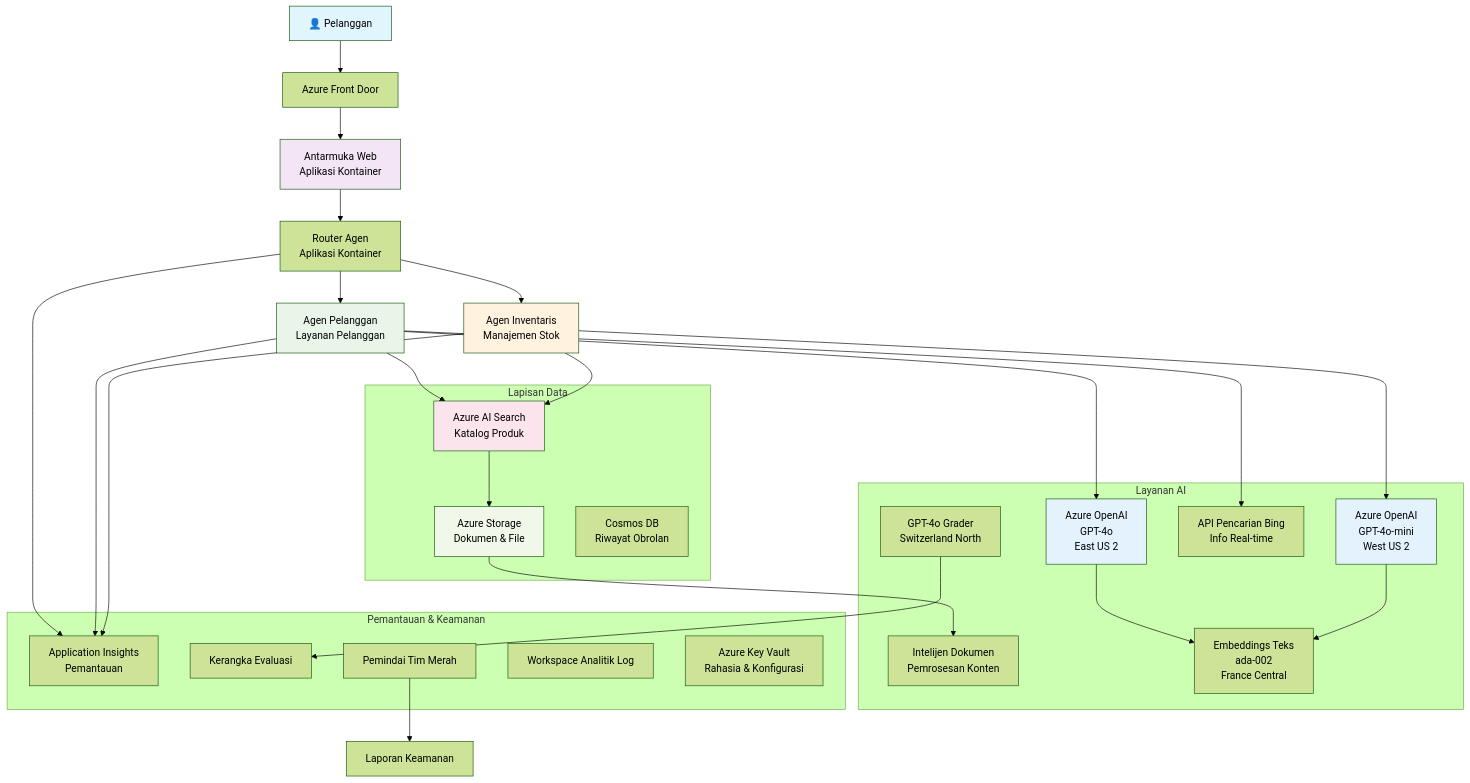
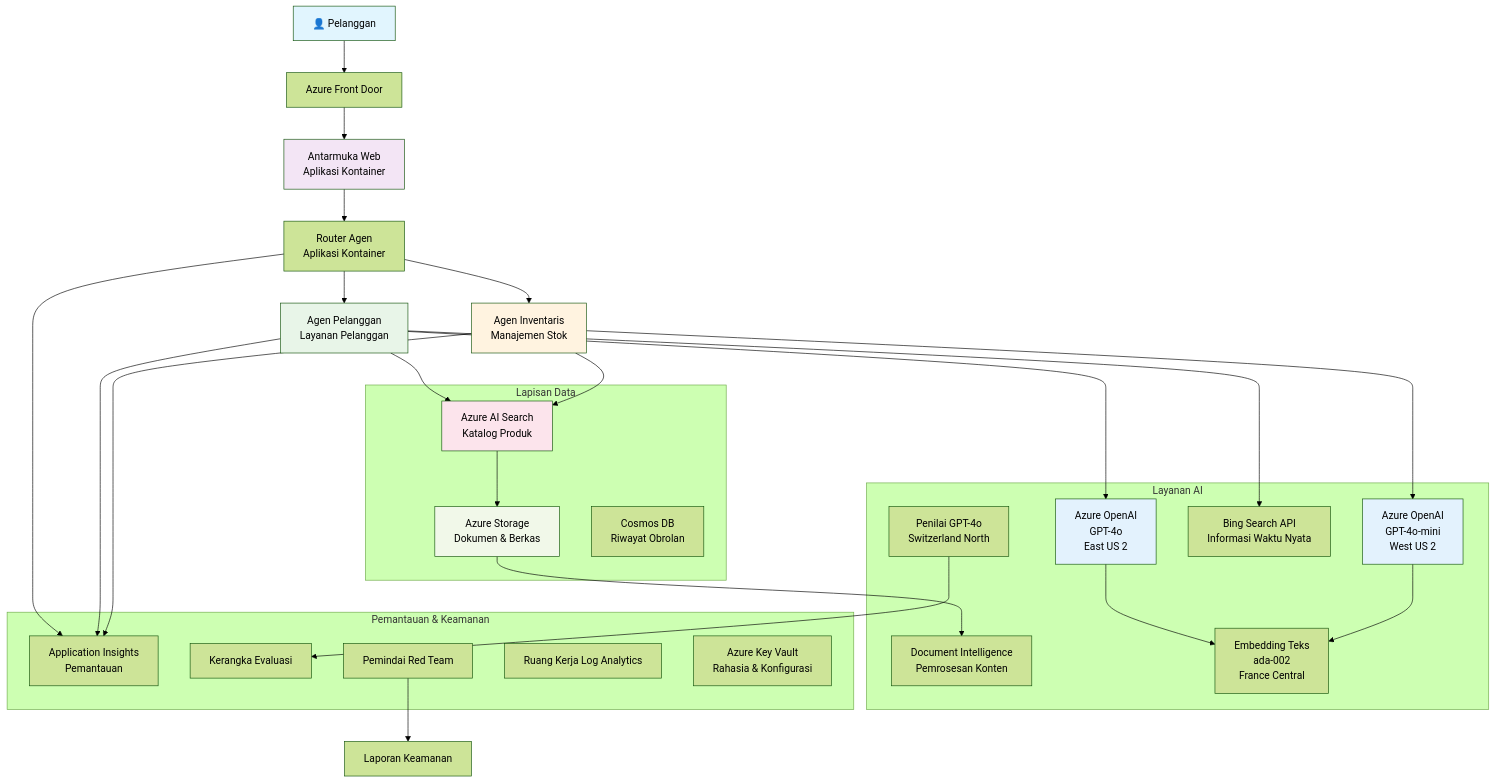
One commit to microsoft/AZD-for-beginners changed the diagram in translations/id/examples/retail-scenario.md. Above: the diagram before and after it, drawn with Mermaid (forest theme). The commit also changed other lines of this file and 242 other files, not shown here.

````diff
--- a/translations/id/examples/retail-scenario.md
+++ b/translations/id/examples/retail-scenario.md
@@ -148,61 +139,61 @@
 ```mermaid
 graph TB
     User[👤 Pelanggan] --> LB[Azure Front Door]
     LB --> WebApp[Antarmuka Web<br/>Aplikasi Kontainer]
     
     WebApp --> Router[Router Agen<br/>Aplikasi Kontainer]
     Router --> CustomerAgent[Agen Pelanggan<br/>Layanan Pelanggan]
     Router --> InvAgent[Agen Inventaris<br/>Manajemen Stok]
     
     CustomerAgent --> OpenAI1[Azure OpenAI<br/>GPT-4o<br/>East US 2]
     InvAgent --> OpenAI2[Azure OpenAI<br/>GPT-4o-mini<br/>West US 2]
     
     CustomerAgent --> AISearch[Azure AI Search<br/>Katalog Produk]
-    CustomerAgent --> BingSearch[API Pencarian Bing<br/>Info Real-time]
+    CustomerAgent --> BingSearch[Bing Search API<br/>Informasi Waktu Nyata]
     InvAgent --> AISearch
     
-    AISearch --> Storage[Azure Storage<br/>Dokumen & File]
-    Storage --> DocIntel[Intelijen Dokumen<br/>Pemrosesan Konten]
+    AISearch --> Storage[Azure Storage<br/>Dokumen & Berkas]
+    Storage --> DocIntel[Document Intelligence<br/>Pemrosesan Konten]
     
-    OpenAI1 --> Embeddings[Embeddings Teks<br/>ada-002<br/>France Central]
+    OpenAI1 --> Embeddings[Embedding Teks<br/>ada-002<br/>France Central]
     OpenAI2 --> Embeddings
     
     Router --> AppInsights[Application Insights<br/>Pemantauan]
     CustomerAgent --> AppInsights
     InvAgent --> AppInsights
     
-    GraderModel[GPT-4o Grader<br/>Switzerland North] --> Evaluation[Kerangka Evaluasi]
-    RedTeam[Pemindai Tim Merah] --> SecurityReports[Laporan Keamanan]
+    GraderModel[Penilai GPT-4o<br/>Switzerland North] --> Evaluation[Kerangka Evaluasi]
+    RedTeam[Pemindai Red Team] --> SecurityReports[Laporan Keamanan]
     
     subgraph "Lapisan Data"
         Storage
         AISearch
         CosmosDB[Cosmos DB<br/>Riwayat Obrolan]
     end
     
     subgraph "Layanan AI"
         OpenAI1
         OpenAI2
         Embeddings
         GraderModel
         DocIntel
         BingSearch
     end
     
     subgraph "Pemantauan & Keamanan"
         AppInsights
-        LogAnalytics[Workspace Analitik Log]
+        LogAnalytics[Ruang Kerja Log Analytics]
         KeyVault[Azure Key Vault<br/>Rahasia & Konfigurasi]
         RedTeam
         Evaluation
     end
     
     style User fill:#e1f5fe
     style WebApp fill:#f3e5f5
     style CustomerAgent fill:#e8f5e8
     style InvAgent fill:#fff3e0
     style OpenAI1 fill:#e3f2fd
     style OpenAI2 fill:#e3f2fd
     style AISearch fill:#fce4ec
     style Storage fill:#f1f8e9
 ```
````
